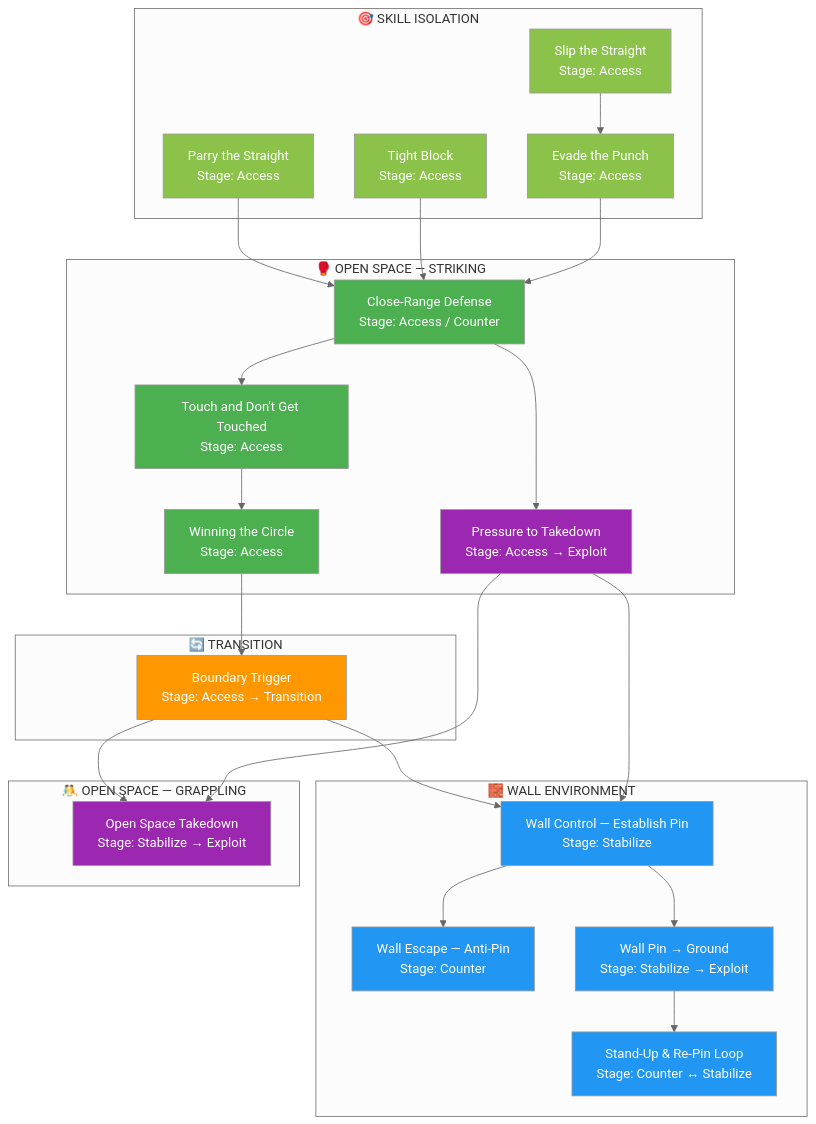
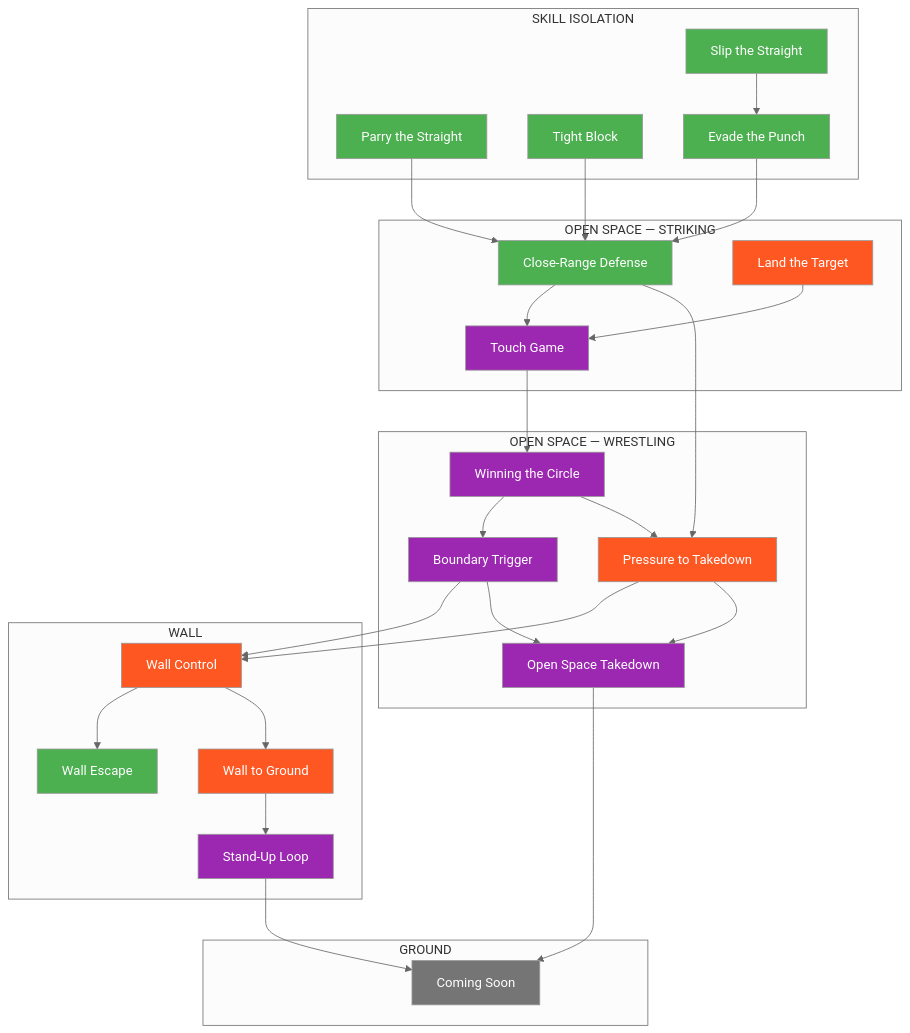
The diagram in docs/games/index.md (ACalienes/Ecological-MMA-Game-System), drawn with Mermaid (neutral theme) before and after one commit. The commit also changed other lines of this file and 6 other files, not shown here.

````diff
--- a/docs/games/index.md
+++ b/docs/games/index.md
@@ -9,62 +22,85 @@
 ```mermaid
 flowchart TD
-    subgraph SKILL_ISOLATION["🎯 SKILL ISOLATION"]
-        P[Parry the Straight<br/>Stage: Access]
-        TB[Tight Block<br/>Stage: Access]
-        SS[Slip the Straight<br/>Stage: Access]
-        EP[Evade the Punch<br/>Stage: Access]
+    subgraph SKILL_ISO["SKILL ISOLATION"]
+        P[Parry the Straight]
+        TB[Tight Block]
+        SS[Slip the Straight]
+        EP[Evade the Punch]
     end
 
-    subgraph STRIKING["🥊 OPEN SPACE — STRIKING"]
-        CRD[Close-Range Defense<br/>Stage: Access / Counter]
-        A[Touch and Don't Get Touched<br/>Stage: Access]
-        B[Winning the Circle<br/>Stage: Access]
-        PTT[Pressure to Takedown<br/>Stage: Access → Exploit]
+    subgraph OPEN_STRIKING["OPEN SPACE — STRIKING"]
+        CRD[Close-Range Defense]
+        LT[Land the Target]
+        TG[Touch Game]
     end
 
-    subgraph TRANSITION["🔄 TRANSITION"]
-        C[Boundary Trigger<br/>Stage: Access → Transition]
+    subgraph OPEN_WRESTLING["OPEN SPACE — WRESTLING"]
+        WC[Winning the Circle]
+        BT[Boundary Trigger]
+        PTT[Pressure to Takedown]
+        OST[Open Space Takedown]
     end
 
-    subgraph WALL["🧱 WALL ENVIRONMENT"]
-        D[Wall Control — Establish Pin<br/>Stage: Stabilize]
-        E[Wall Escape — Anti-Pin<br/>Stage: Counter]
-        F[Wall Pin → Ground<br/>Stage: Stabilize → Exploit]
-        G[Stand-Up & Re-Pin Loop<br/>Stage: Counter ↔ Stabilize]
+    subgraph WALL["WALL"]
+        WCon[Wall Control]
+        WE[Wall Escape]
+        WG[Wall to Ground]
+        SUL[Stand-Up Loop]
     end
 
-    subgraph OPEN_GRAPPLING["🤼 OPEN SPACE — GRAPPLING"]
-        H[Open Space Takedown<br/>Stage: Stabilize → Exploit]
+    subgraph GROUND["GROUND"]
+        GRD[Coming Soon]
     end
 
+    %% Skill Isolation flows
     P --> CRD
     TB --> CRD
     SS --> EP
     EP --> CRD
-    CRD --> A
+
+    %% Offensive/Defensive convergence
+    CRD --> TG
+    LT --> TG
+
+    %% Open Space progression
+    TG --> WC
+    WC --> BT
+
+    %% Wrestling progression
+    BT --> WCon
+    BT --> OST
     CRD --> PTT
-    A --> B
-    B --> C
-    C --> D
-    C --> H
-    PTT --> D
-    PTT --> H
-    D --> E
-    D --> F
-    F --> G
+    WC --> PTT
+    PTT --> WCon
+    PTT --> OST
 
-    style P fill:#8BC34A,color:#fff
-    style TB fill:#8BC34A,color:#fff
-    style SS fill:#8BC34A,color:#fff
-    style EP fill:#8BC34A,color:#fff
+    %% Wall progression
+    WCon --> WE
+    WCon --> WG
+    WG --> SUL
+
+    %% To Ground
+    OST --> GRD
+    SUL --> GRD
+
+    %% Styling by focus
+    style P fill:#4CAF50,color:#fff
+    style TB fill:#4CAF50,color:#fff
+    style SS fill:#4CAF50,color:#fff
+    style EP fill:#4CAF50,color:#fff
     style CRD fill:#4CAF50,color:#fff
-    style A fill:#4CAF50,color:#fff
-    style B fill:#4CAF50,color:#fff
-    style PTT fill:#9C27B0,color:#fff
-    style C fill:#FF9800,color:#fff
-    style D fill:#2196F3,color:#fff
-    style E fill:#2196F3,color:#fff
-    style F fill:#2196F3,color:#fff
-    style G fill:#2196F3,color:#fff
-    style H fill:#9C27B0,color:#fff
+    style WE fill:#4CAF50,color:#fff
+
+    style LT fill:#FF5722,color:#fff
+    style PTT fill:#FF5722,color:#fff
+    style WCon fill:#FF5722,color:#fff
+    style WG fill:#FF5722,color:#fff
+
+    style TG fill:#9C27B0,color:#fff
+    style WC fill:#9C27B0,color:#fff
+    style BT fill:#9C27B0,color:#fff
+    style OST fill:#9C27B0,color:#fff
+    style SUL fill:#9C27B0,color:#fff
+
+    style GRD fill:#757575,color:#fff
 ```
````
